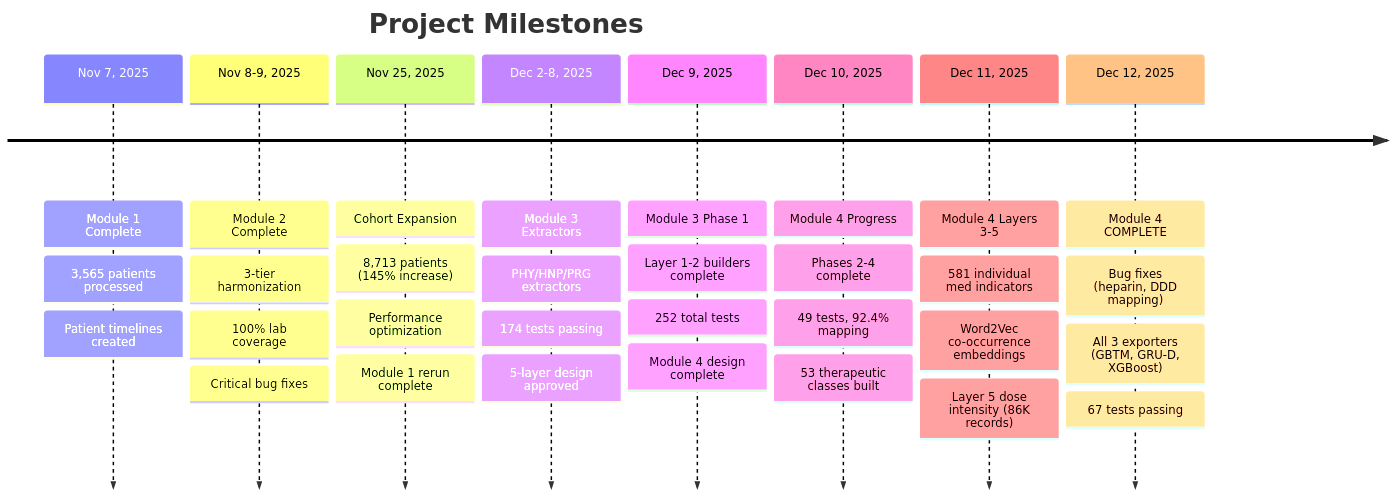
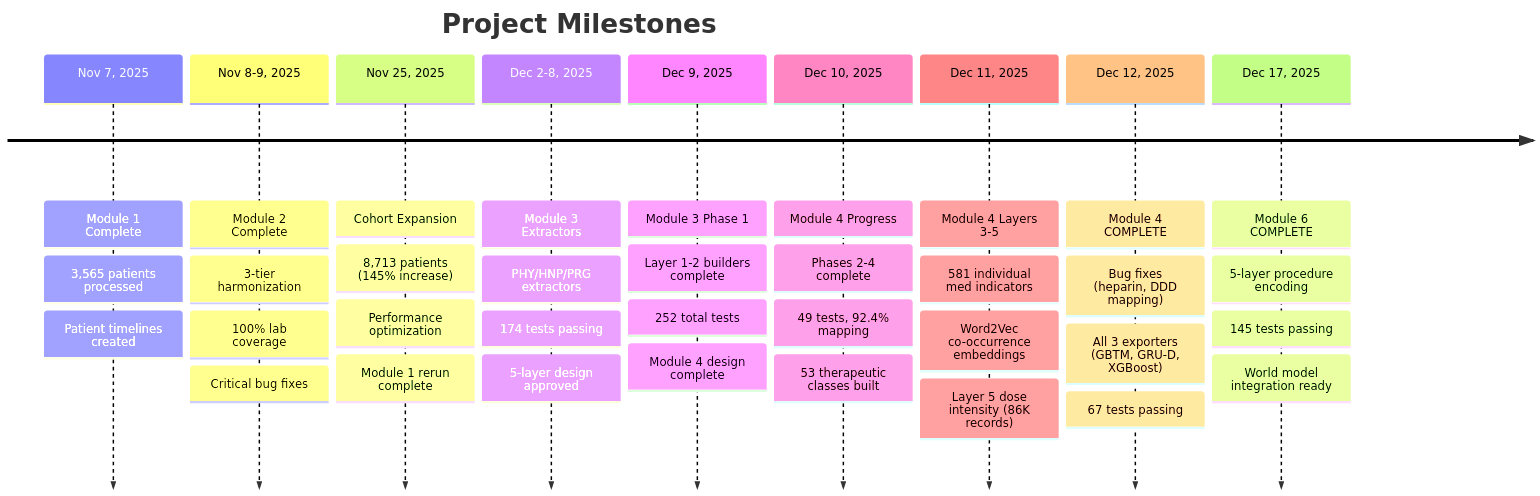
The third of 3 diagrams in docs/progress.md (moinhs1/extracting-features), drawn with Mermaid before and after one commit. The commit also changed other lines of this file and 2 other files, not shown here.

First line of the commit message:
docs: update documentation with Module 6 completion

````diff
--- a/docs/progress.md
+++ b/docs/progress.md
@@ -166,43 +199,48 @@
 ```mermaid
 timeline
     title Project Milestones
 
     Nov 7, 2025 : Module 1 Complete
                 : 3,565 patients processed
                 : Patient timelines created
 
     Nov 8-9, 2025 : Module 2 Complete
                   : 3-tier harmonization
                   : 100% lab coverage
                   : Critical bug fixes
 
     Nov 25, 2025 : Cohort Expansion
                  : 8,713 patients (145% increase)
                  : Performance optimization
                  : Module 1 rerun complete
 
     Dec 2-8, 2025 : Module 3 Extractors
                   : PHY/HNP/PRG extractors
                   : 174 tests passing
                   : 5-layer design approved
 
     Dec 9, 2025 : Module 3 Phase 1
                 : Layer 1-2 builders complete
                 : 252 total tests
                 : Module 4 design complete
 
     Dec 10, 2025 : Module 4 Progress
                  : Phases 2-4 complete
                  : 49 tests, 92.4% mapping
                  : 53 therapeutic classes built
 
     Dec 11, 2025 : Module 4 Layers 3-5
                  : 581 individual med indicators
                  : Word2Vec co-occurrence embeddings
                  : Layer 5 dose intensity (86K records)
 
     Dec 12, 2025 : Module 4 COMPLETE
                  : Bug fixes (heparin, DDD mapping)
                  : All 3 exporters (GBTM, GRU-D, XGBoost)
                  : 67 tests passing
+
+    Dec 17, 2025 : Module 6 COMPLETE
+                 : 5-layer procedure encoding
+                 : 145 tests passing
+                 : World model integration ready
 ```
````
